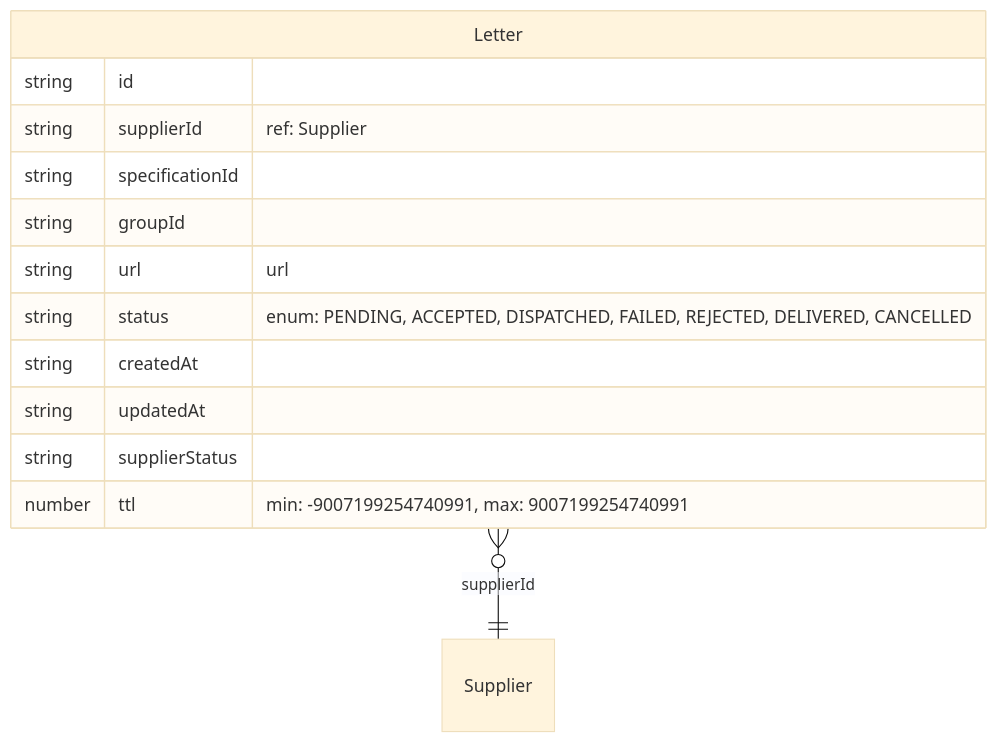
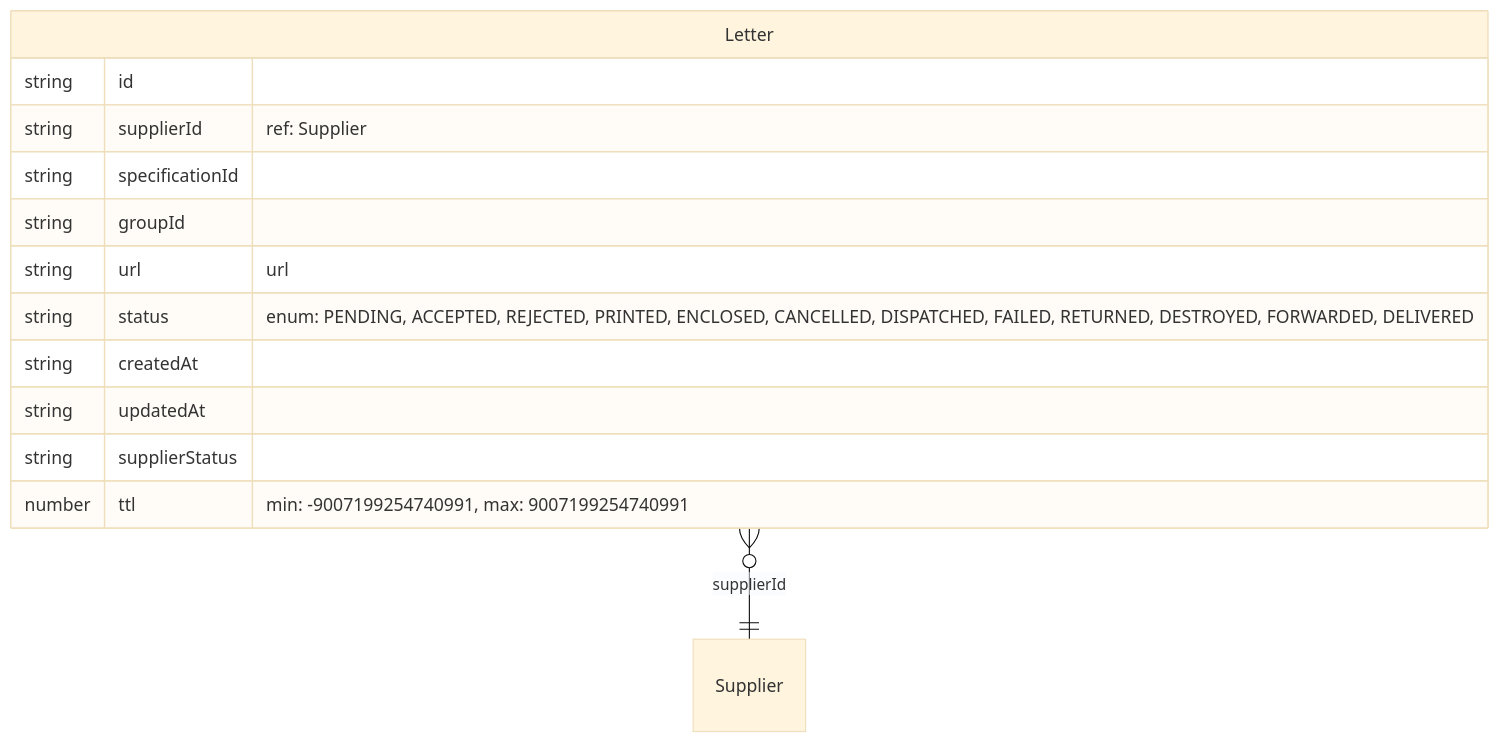
Before and after one commit to NHSDigital/nhs-notify-supplier-api: the first of 2 diagrams in internal/datastore/src/types.md, drawn with Mermaid (base theme). The commit also changed 1 other file, not shown here.

Commit message:
Add all letter status types

````diff
--- a/internal/datastore/src/types.md
+++ b/internal/datastore/src/types.md
@@ -9,18 +9,18 @@
 ```mermaid
 erDiagram
     Letter {
         string id
         string supplierId "ref: Supplier"
         string specificationId
         string groupId
         string url "url"
-        string status "enum: PENDING, ACCEPTED, DISPATCHED, FAILED, REJECTED, DELIVERED, CANCELLED"
+        string status "enum: PENDING, ACCEPTED, REJECTED, PRINTED, ENCLOSED, CANCELLED, DISPATCHED, FAILED, RETURNED, DESTROYED, FORWARDED, DELIVERED"
         string createdAt
         string updatedAt
         string supplierStatus
         number ttl "min: -9007199254740991, max: 9007199254740991"
     }
     Supplier {
     }
     Letter }o--|| Supplier : "supplierId"
 ```
````
